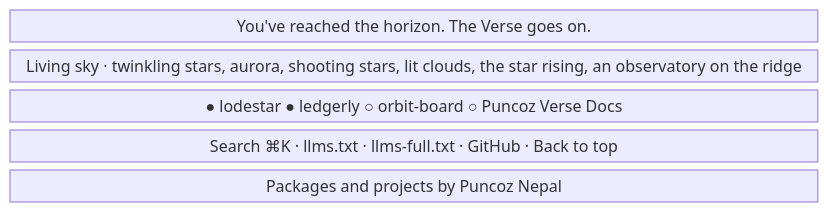
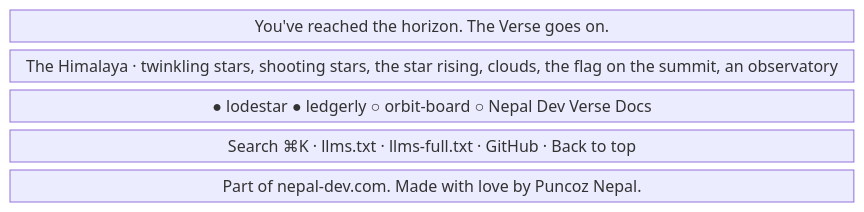
One commit to nepal-dev-com/docs.nepal-dev.com changed the seventh of 7 diagrams in content/docs/maintain/app-flow/docs-sidebars.mdx. Above: the diagram before and after it, drawn with Mermaid. The commit also changed 145 other files, not shown here.

Commit message:
nepal dev docs

````diff
--- a/content/docs/maintain/app-flow/docs-sidebars.mdx
+++ b/content/docs/maintain/app-flow/docs-sidebars.mdx
@@ -213,9 +213,9 @@
 ```mermaid
 block-beta
   columns 4
   close["You've reached the horizon. The Verse goes on."]:4
-  scene["Living sky · twinkling stars, aurora, shooting stars, lit clouds, the star rising, an observatory on the ridge"]:4
-  planets["● lodestar  ● ledgerly  ○ orbit-board  ○ Puncoz Verse Docs"]:4
+  scene["The Himalaya · twinkling stars, shooting stars, the star rising, clouds, the flag on the summit, an observatory"]:4
+  planets["● lodestar  ● ledgerly  ○ orbit-board  ○ Nepal Dev Verse Docs"]:4
   links["Search ⌘K · llms.txt · llms-full.txt · GitHub · Back to top"]:4
-  credit["Packages and projects by Puncoz Nepal"]:4
+  credit["Part of nepal-dev.com. Made with love by Puncoz Nepal."]:4
 ```
````
